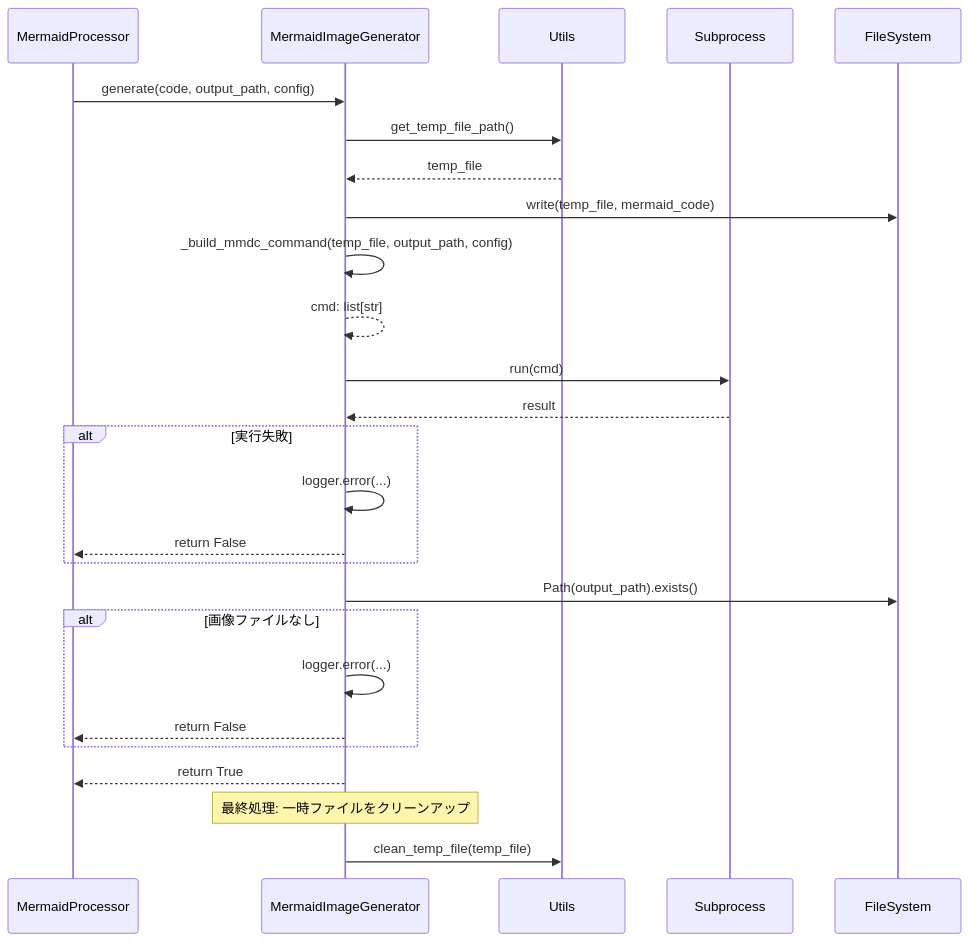
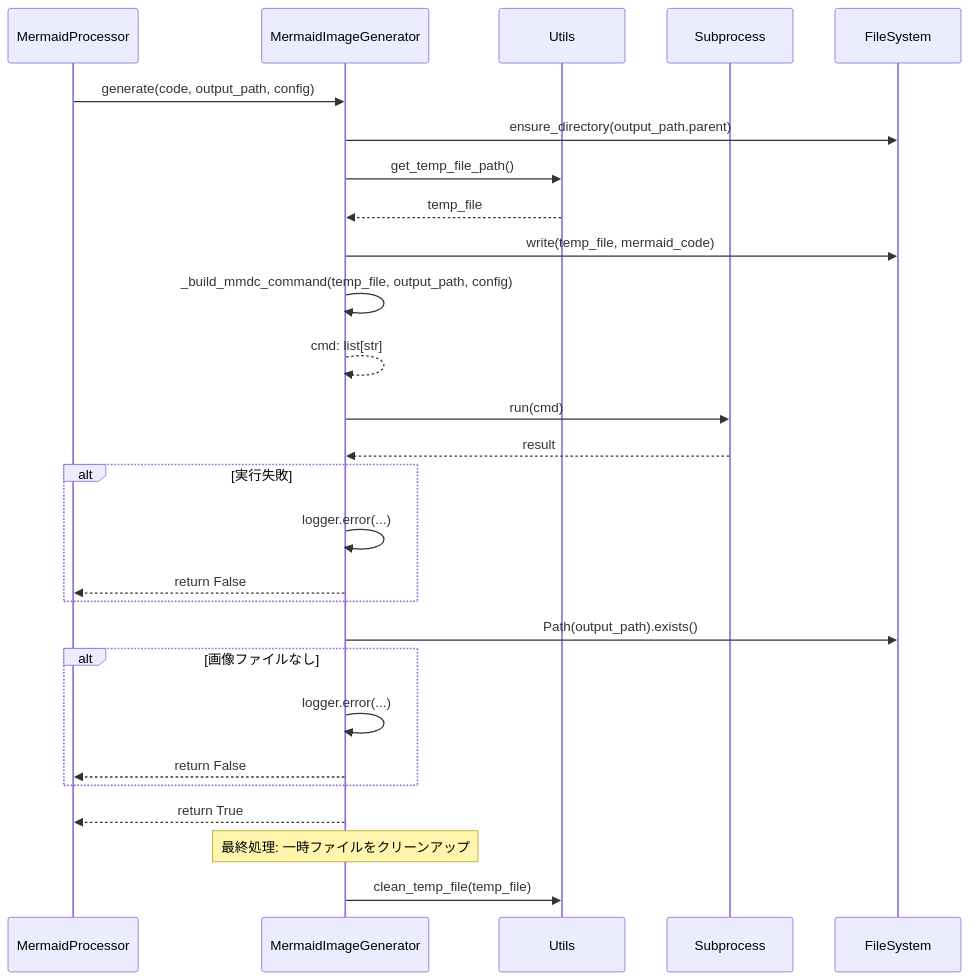
Before and after one commit to nuitsjp/mkdocs-mermaid-to-svg: the fifth of 6 diagrams in docs/architecture.md, drawn with Mermaid. The commit also changed other lines of this file and 2 other files, not shown here.

Commit message:
refactor: アーキテクチャ図と実装の一致性を改善
プラグイン初期化時の出力ディレクトリ作成処理を削除し、
画像生成時に必要に応じてディレクトリを作成する方式に統一。
アーキテクチャ図も実装に合わせて更新。

- plugin.py: 不要なensure_directory importと処理を削除
- architecture.md: シーケンス図を実装に合わせて修正
- test_minimal_mkdocs_config.py: 削除されたモック対象を修正

🤖 Generated with [GitHub Copilot](https://claude.ai/code)

````diff
--- a/docs/architecture.md
+++ b/docs/architecture.md
@@ -223,36 +222,39 @@
 ```mermaid
 sequenceDiagram
     participant Proc as MermaidProcessor
     participant ImgGen as MermaidImageGenerator
     participant Utils
     participant Subprocess
     participant FileSystem
 
     Proc->>ImgGen: generate(code, output_path, config)
+
+    ImgGen->>FileSystem: ensure_directory(output_path.parent)
+
     ImgGen->>Utils: get_temp_file_path()
     Utils-->>ImgGen: temp_file
 
     ImgGen->>FileSystem: write(temp_file, mermaid_code)
 
     ImgGen->>ImgGen: _build_mmdc_command(temp_file, output_path, config)
     ImgGen-->>ImgGen: cmd: list[str]
 
     ImgGen->>Subprocess: run(cmd)
     Subprocess-->>ImgGen: result
 
     alt 実行失敗
         ImgGen->>ImgGen: logger.error(...)
         ImgGen-->>Proc: return False
     end
 
     ImgGen->>FileSystem: Path(output_path).exists()
     alt 画像ファイルなし
         ImgGen->>ImgGen: logger.error(...)
         ImgGen-->>Proc: return False
     end
 
     ImgGen-->>Proc: return True
 
     note over ImgGen: 最終処理: 一時ファイルをクリーンアップ
     ImgGen->>Utils: clean_temp_file(temp_file)
 ```
````
